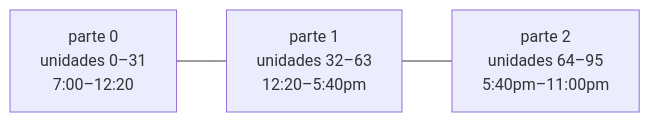
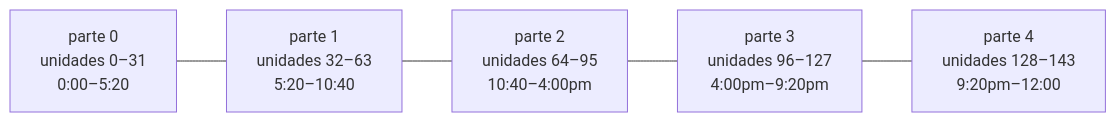
The diagram in docs/02-tiempo.md (1997-bit/prototipo-horautp), drawn with Mermaid before and after one commit. The commit also changed other lines of this file and 49 other files, not shown here.

````diff
--- a/docs/02-tiempo.md
+++ b/docs/02-tiempo.md
@@ -70,4 +56,4 @@
 ```mermaid
 flowchart LR
-  W0["parte 0<br/>unidades 0–31<br/>7:00–12:20"] --- W1["parte 1<br/>unidades 32–63<br/>12:20–5:40pm"] --- W2["parte 2<br/>unidades 64–95<br/>5:40pm–11:00pm"]
+  W0["parte 0<br/>unidades 0–31<br/>0:00–5:20"] --- W1["parte 1<br/>unidades 32–63<br/>5:20–10:40"] --- W2["parte 2<br/>unidades 64–95<br/>10:40–4:00pm"] --- W3["parte 3<br/>unidades 96–127<br/>4:00pm–9:20pm"] --- W4["parte 4<br/>unidades 128–143<br/>9:20pm–12:00"]
 ```
````
